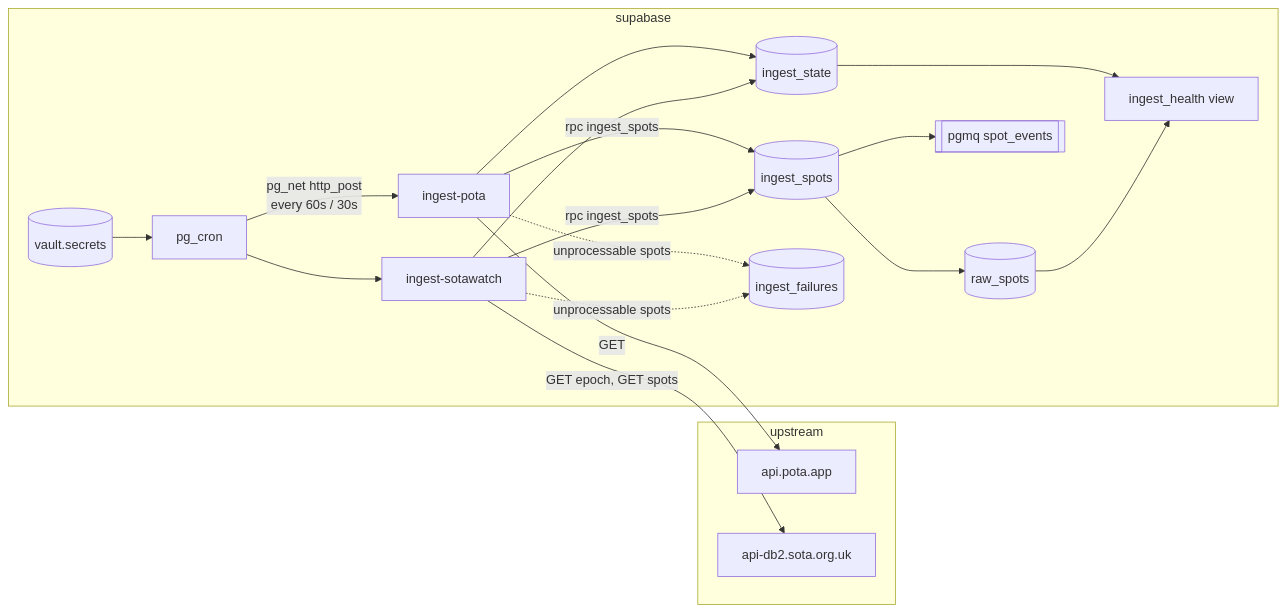
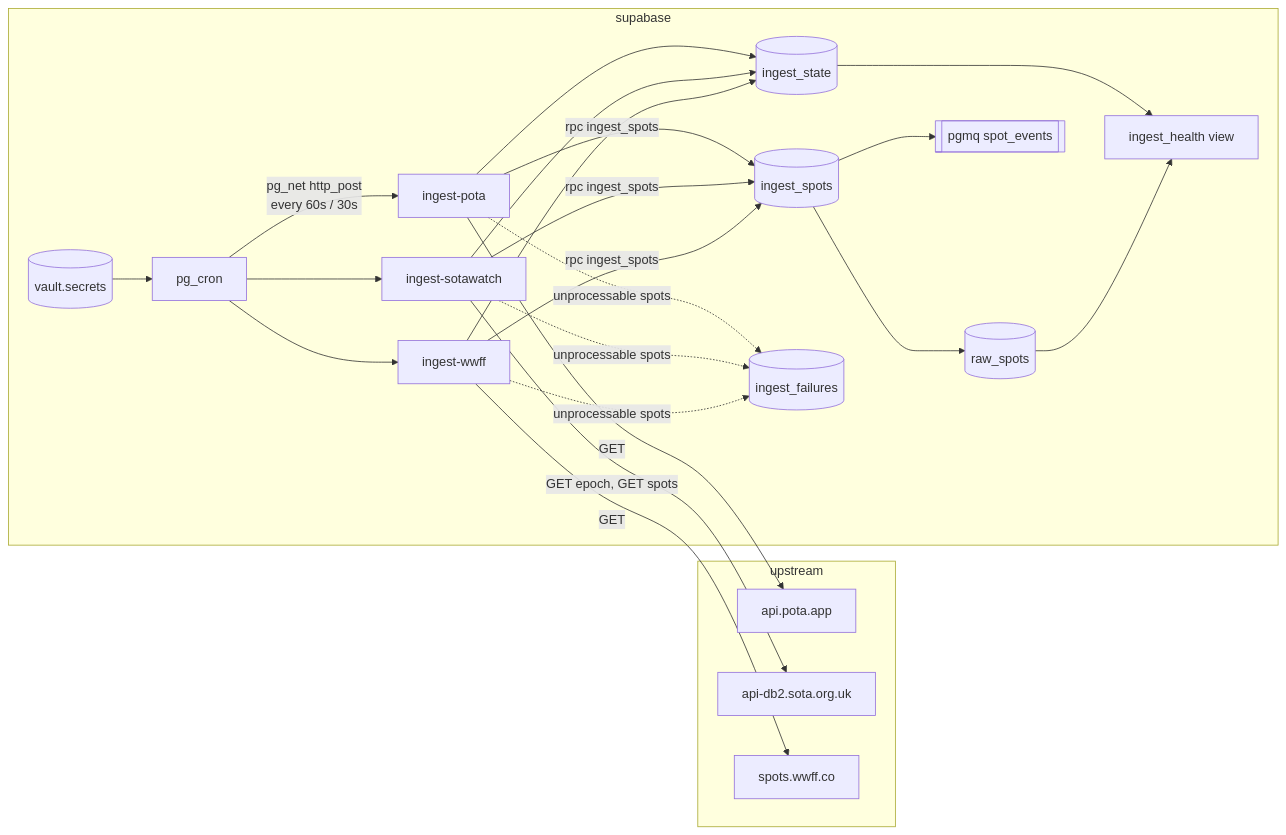
One commit to johnsonm/longlines changed the first of 12 diagrams in docs/ARCHITECTURE.md. Above: the diagram before and after it, drawn with Mermaid. The commit also changed other lines of this file and 13 other files, not shown here.

````diff
--- a/docs/ARCHITECTURE.md
+++ b/docs/ARCHITECTURE.md
@@ -3,26 +3,32 @@
 ```mermaid
 flowchart LR
   subgraph upstream
     POTA[api.pota.app]
     SOTA[api-db2.sota.org.uk]
+    WWFF[spots.wwff.co]
   end
 
   subgraph supabase
     CRON[pg_cron] -- "pg_net http_post\nevery 60s / 30s" --> FP[ingest-pota]
     CRON --> FS[ingest-sotawatch]
+    CRON --> FW[ingest-wwff]
     FP -- "rpc ingest_spots" --> RPC[(ingest_spots)]
     FS -- "rpc ingest_spots" --> RPC
+    FW -- "rpc ingest_spots" --> RPC
     RPC --> RS[(raw_spots)]
     RPC --> Q[[pgmq spot_events]]
     FP --> ST[(ingest_state)]
     FS --> ST
+    FW --> ST
     FP -. unprocessable spots .-> IF[(ingest_failures)]
     FS -. unprocessable spots .-> IF
+    FW -. unprocessable spots .-> IF
     ST --> H[ingest_health view]
     RS --> H
     V[(vault.secrets)] --> CRON
   end
 
   FP -- GET --> POTA
   FS -- GET epoch, GET spots --> SOTA
+  FW -- GET --> WWFF
 ```
````
